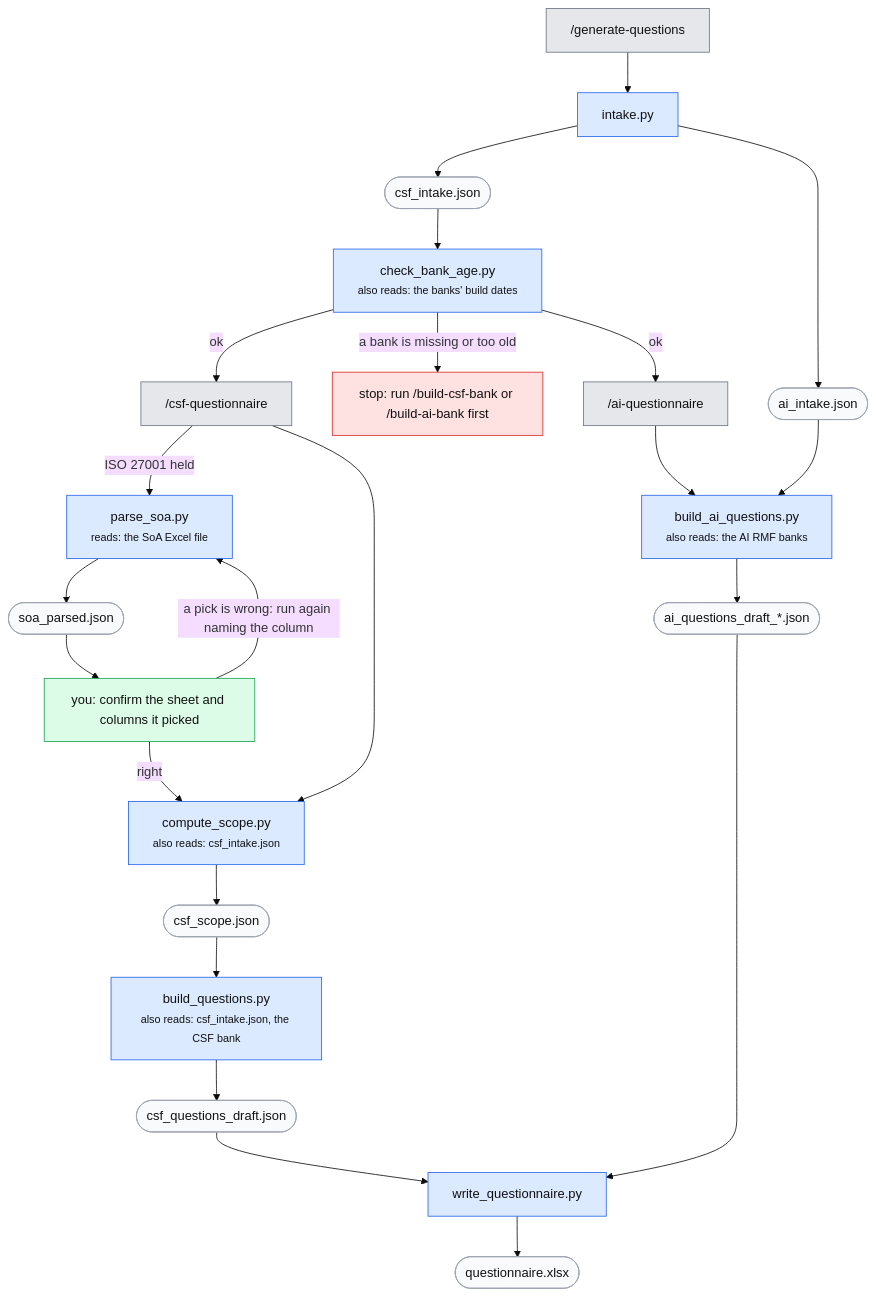
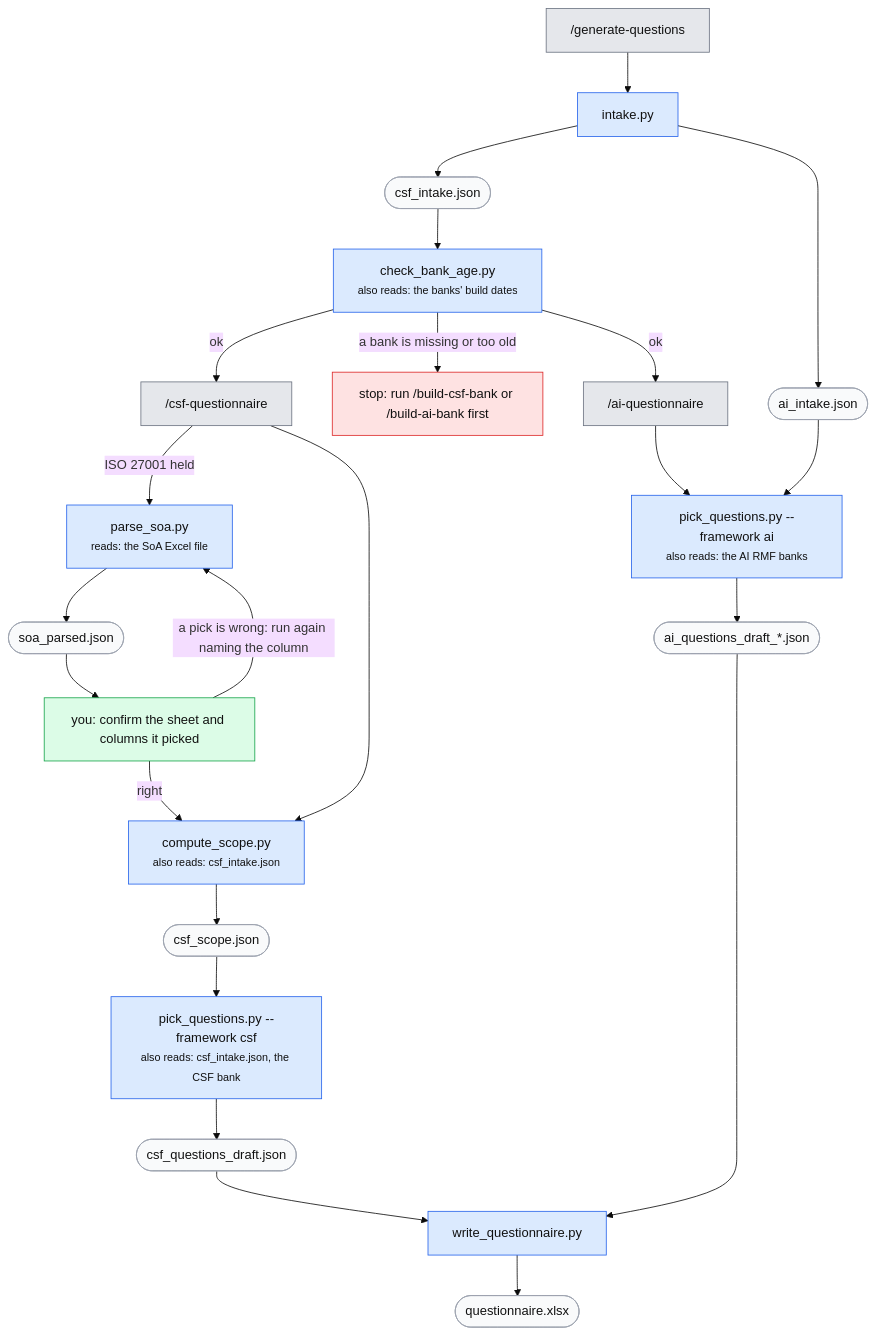
One commit to srilekha82/csf-ai-self-assessment changed the first of 3 diagrams in docs/guide.md. Above: the diagram before and after it, drawn with Mermaid (base theme). The commit also changed other lines of this file and 17 other files, not shown here.

First line of the commit message:
pick_questions.py: one picker for both sheets (--framework csf|ai)

````diff
--- a/docs/guide.md
+++ b/docs/guide.md
@@ -111,33 +111,33 @@
 ```mermaid
 flowchart TD
     GQ["/generate-questions"]:::cmd --> IN[intake.py]:::script
     IN --> INT([csf_intake.json]):::file
     IN --> USE([ai_intake.json]):::file
     INT --> AGE["check_bank_age.py<br/><small>also reads: the banks' build dates</small>"]:::script
     AGE -- "a bank is missing or too old" --> STOP["stop: run /build-csf-bank or /build-ai-bank first"]:::stop
     AGE -- ok --> CQ["/csf-questionnaire"]:::cmd
     AGE -- ok --> AQ["/ai-questionnaire"]:::cmd
 
     CQ -- "ISO 27001 held" --> SOA["parse_soa.py<br/><small>reads: the SoA Excel file</small>"]:::script --> SOAJ([soa_parsed.json]):::file
     SOAJ --> OK1["you: confirm the sheet and columns it picked"]:::you
     OK1 -- "a pick is wrong: run again naming the column" --> SOA
     OK1 -- right --> SC["compute_scope.py<br/><small>also reads: csf_intake.json</small>"]:::script
     CQ --> SC
-    SC --> SCJ([csf_scope.json]):::file --> BQ["build_questions.py<br/><small>also reads: csf_intake.json, the CSF bank</small>"]:::script
+    SC --> SCJ([csf_scope.json]):::file --> BQ["pick_questions.py --framework csf<br/><small>also reads: csf_intake.json, the CSF bank</small>"]:::script
     BQ --> CD([csf_questions_draft.json]):::file
 
-    AQ --> BAQ["build_ai_questions.py<br/><small>also reads: the AI RMF banks</small>"]:::script
+    AQ --> BAQ["pick_questions.py --framework ai<br/><small>also reads: the AI RMF banks</small>"]:::script
     USE --> BAQ
     BAQ --> AD([ai_questions_draft_*.json]):::file
 
     CD --> WQ[write_questionnaire.py]:::script --> X([questionnaire.xlsx]):::file
     AD --> WQ
 
     classDef cmd fill:#e5e7eb,stroke:#6b7280,color:#111
     classDef script fill:#dbeafe,stroke:#2563eb,color:#111
     classDef agent fill:#ffedd5,stroke:#ea580c,color:#111
     classDef you fill:#dcfce7,stroke:#16a34a,color:#111
     classDef file fill:#f9fafb,stroke:#9ca3af,color:#111
     classDef stop fill:#fee2e2,stroke:#dc2626,color:#111
     classDef you fill:#dcfce7,stroke:#16a34a,color:#111
 ```
````
